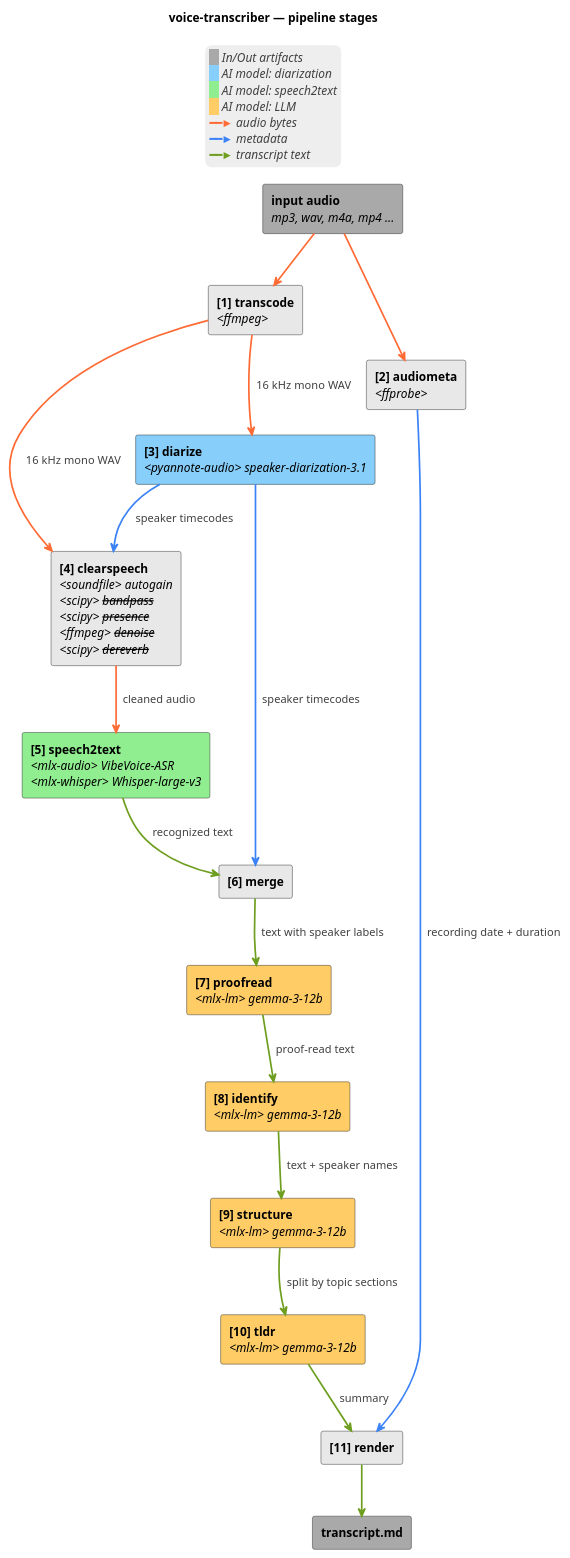
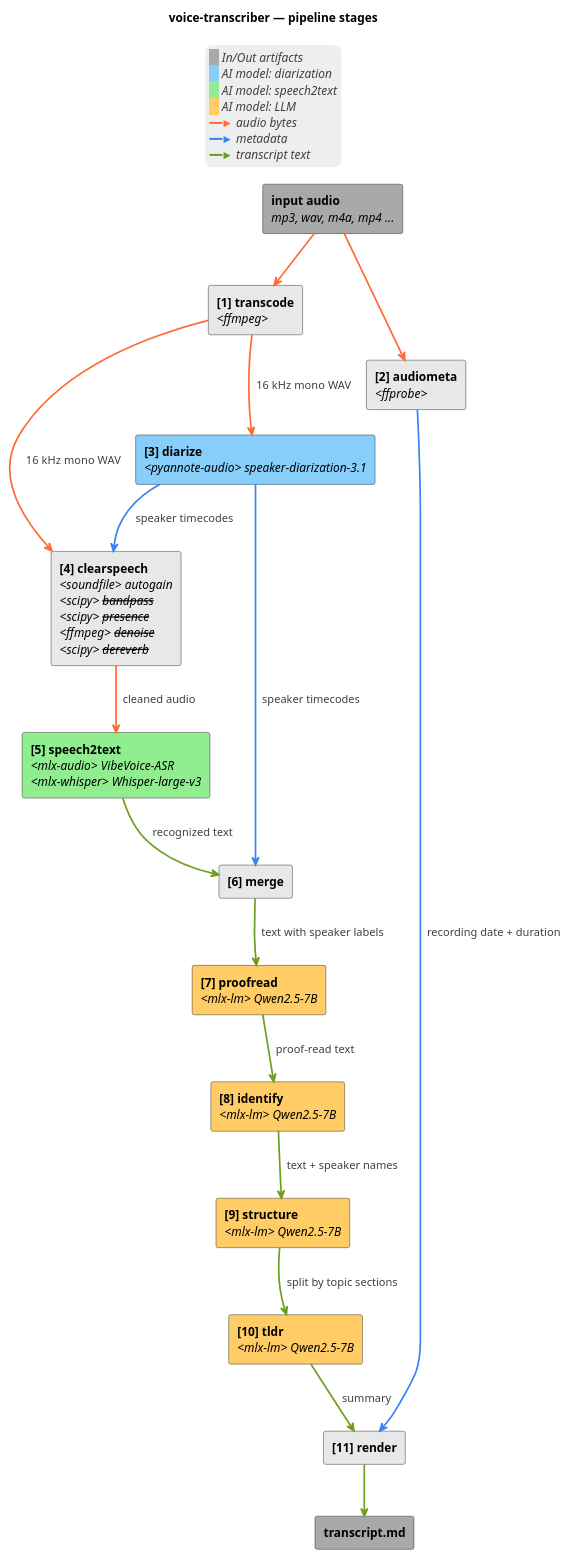
Before and after one commit to artem-from-ua/voice-transcriber: the diagram in docs/architecture.md, drawn with PlantUML. The commit also changed other lines of this file and 19 other files, not shown here.

First line of the commit message:
Chunked structure, per-stage LLM swap, Qwen2.5-7B default (0.22.0) (#79)

````diff
--- a/docs/architecture.md
+++ b/docs/architecture.md
@@ -21,54 +21,54 @@
 ```plantuml
 @startuml
 title voice-transcriber — pipeline stages
 skinparam componentStyle rectangle
 skinparam ArrowThickness 2
 skinparam legendBorderColor transparent
 skinparam legendBackgroundColor #EEEEEE
 
 [<b>input audio</b>\n<i>mp3, wav, m4a, mp4 ...</i>] as Input #A9A9A9
 [<b>transcript.md</b>] as Output #A9A9A9
 
 component "<b>[1] transcode</b>\n<i><ffmpeg></i>" as WAV #E8E8E8
 component "<b>[2] audiometa</b>\n<i><ffprobe></i>" as FF #E8E8E8
 component "<b>[3] diarize</b>\n<i><pyannote-audio> speaker-diarization-3.1</i>" as Diar #87CEFA
 component "<b>[4] clearspeech</b>\n<i><soundfile> autogain</i>\n<i><scipy> <s>bandpass</s></i>\n<i><scipy> <s>presence</s></i>\n<i><ffmpeg> <s>denoise</s></i>\n<i><scipy> <s>dereverb</s></i>" as CS #E8E8E8
 component "<b>[5] speech2text</b>\n<i><mlx-audio> VibeVoice-ASR</i>\n<i><mlx-whisper> Whisper-large-v3</i>" as ASR #90EE90
 component "<b>[6] merge</b>" as Merge #E8E8E8
-component "<b>[7] proofread</b>\n<i><mlx-lm> gemma-3-12b</i>" as Post #FFCC66
-component "<b>[8] identify</b>\n<i><mlx-lm> gemma-3-12b</i>" as Ident #FFCC66
-component "<b>[9] structure</b>\n<i><mlx-lm> gemma-3-12b</i>" as Struct #FFCC66
-component "<b>[10] tldr</b>\n<i><mlx-lm> gemma-3-12b</i>" as TLDR #FFCC66
+component "<b>[7] proofread</b>\n<i><mlx-lm> Qwen2.5-7B</i>" as Post #FFCC66
+component "<b>[8] identify</b>\n<i><mlx-lm> Qwen2.5-7B</i>" as Ident #FFCC66
+component "<b>[9] structure</b>\n<i><mlx-lm> Qwen2.5-7B</i>" as Struct #FFCC66
+component "<b>[10] tldr</b>\n<i><mlx-lm> Qwen2.5-7B</i>" as TLDR #FFCC66
 component "<b>[11] render</b>" as Render #E8E8E8
 
 Input -[#FF6B35]-> FF
 Input -[#FF6B35]-> WAV
 
 WAV -[#FF6B35]-> Diar : <color:#404040>  16 kHz mono WAV</color>
 WAV -[#FF6B35]-> CS : <color:#404040>  16 kHz mono WAV</color>
 Diar -[#3B82F6]-> CS : <color:#404040>  speaker timecodes</color>
 CS -[#FF6B35]-> ASR : <color:#404040>  cleaned audio</color>
 
 ASR -[#6E9E1F]-> Merge : <color:#404040>  recognized text</color>
 Diar -[#3B82F6]-> Merge : <color:#404040>  speaker timecodes</color>
 
 Merge -[#6E9E1F]-> Post : <color:#404040>  text with speaker labels</color>
 Post -[#6E9E1F]-> Ident : <color:#404040>  proof-read text</color>
 Ident -[#6E9E1F]-> Struct : <color:#404040>  text + speaker names</color>
 Struct -[#6E9E1F]-> TLDR : <color:#404040>  split by topic sections</color>
 
 FF -[#3B82F6]-> Render : <color:#404040>  recording date + duration</color>
 TLDR -[#6E9E1F]-> Render : <color:#404040>  summary</color>
 Render -[#6E9E1F]-> Output
 
 legend top center
   <back:#A9A9A9>   </back> <i><color:#404040>In/Out artifacts</color></i>
   <back:#87CEFA>   </back> <i><color:#404040>AI model: diarization</color></i>
   <back:#90EE90>   </back> <i><color:#404040>AI model: speech2text</color></i>
   <back:#FFCC66>   </back> <i><color:#404040>AI model: LLM</color></i>
   <color:#FF6B35>━━►</color> <i><color:#404040>audio bytes</color></i>
   <color:#3B82F6>━━►</color> <i><color:#404040>metadata</color></i>
   <color:#6E9E1F>━━►</color> <i><color:#404040>transcript text</color></i>
 end legend
 @enduml
 ```
````
